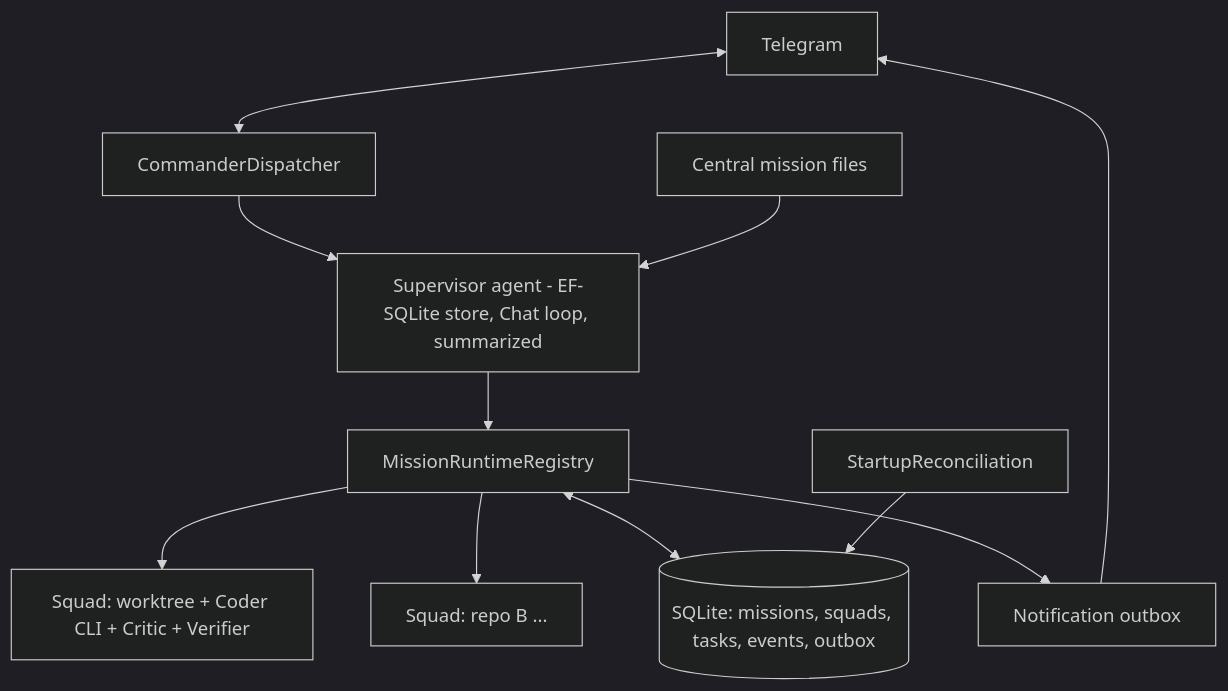
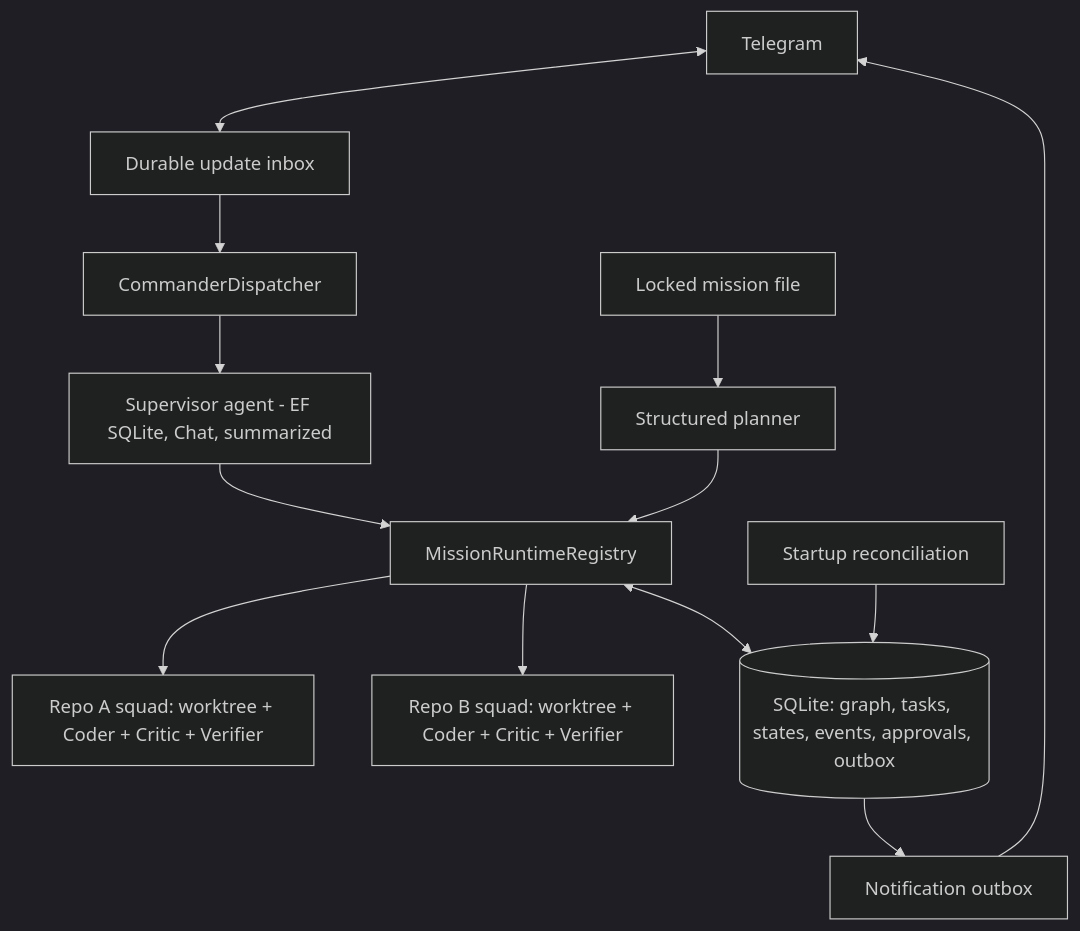
One commit to ataghav/DevCommander changed the diagram in docs/srs.md. Above: the diagram before and after it, drawn with Mermaid (dark theme). The commit also changed other lines of this file and 1 other file, not shown here.

````diff
--- a/docs/srs.md
+++ b/docs/srs.md
@@ -32,12 +33,14 @@
 ```mermaid
 flowchart TB
-    TG[Telegram] <--> DISP[CommanderDispatcher]
-    DISP --> ORCH[Supervisor agent - EF-SQLite store, Chat loop, summarized]
+    TG[Telegram] <--> INBOX[Durable update inbox]
+    INBOX --> DISP[CommanderDispatcher]
+    DISP --> ORCH[Supervisor agent - EF SQLite, Chat, summarized]
     ORCH --> REG[MissionRuntimeRegistry]
-    MISS[Central mission files] --> ORCH
-    REG --> SQ1[Squad: worktree + Coder CLI + Critic + Verifier]
-    REG --> SQ2[Squad: repo B ...]
-    REG <--> DB[(SQLite: missions, squads, tasks, events, outbox)]
-    REG --> OUTBOX[Notification outbox] --> TG
-    RECON[StartupReconciliation] --> DB
+    SPEC[Locked mission file] --> PLAN[Structured planner]
+    PLAN --> REG
+    REG --> SQ1[Repo A squad: worktree + Coder + Critic + Verifier]
+    REG --> SQ2[Repo B squad: worktree + Coder + Critic + Verifier]
+    REG <--> DB[(SQLite: graph, tasks, states, events, approvals, outbox)]
+    DB --> OUTBOX[Notification outbox] --> TG
+    RECON[Startup reconciliation] --> DB
 ```
````
